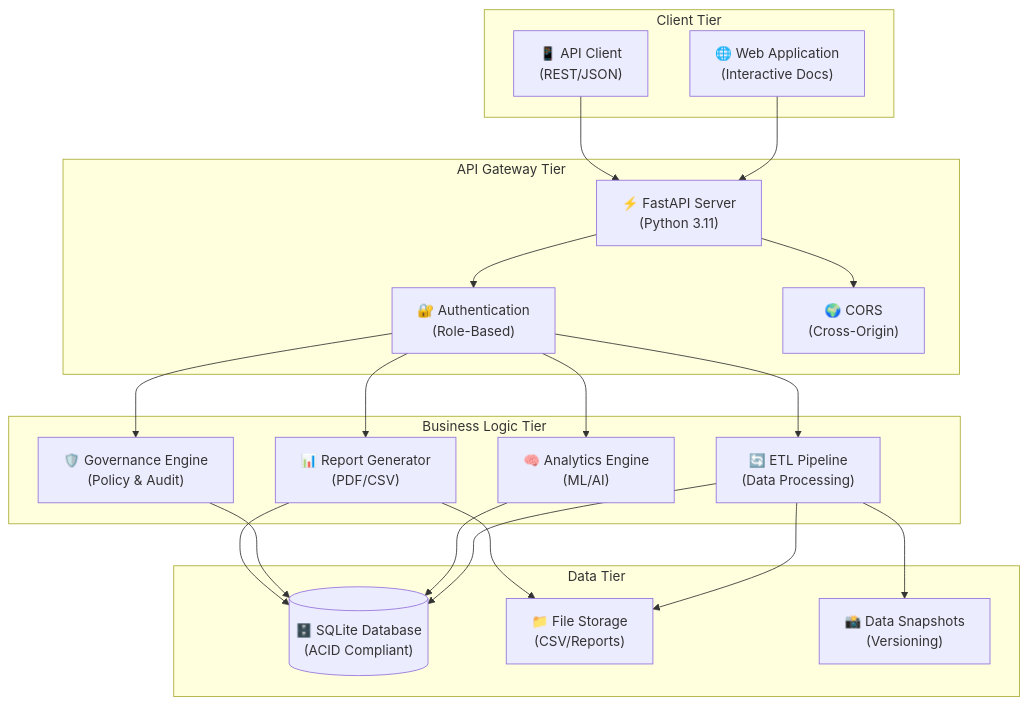
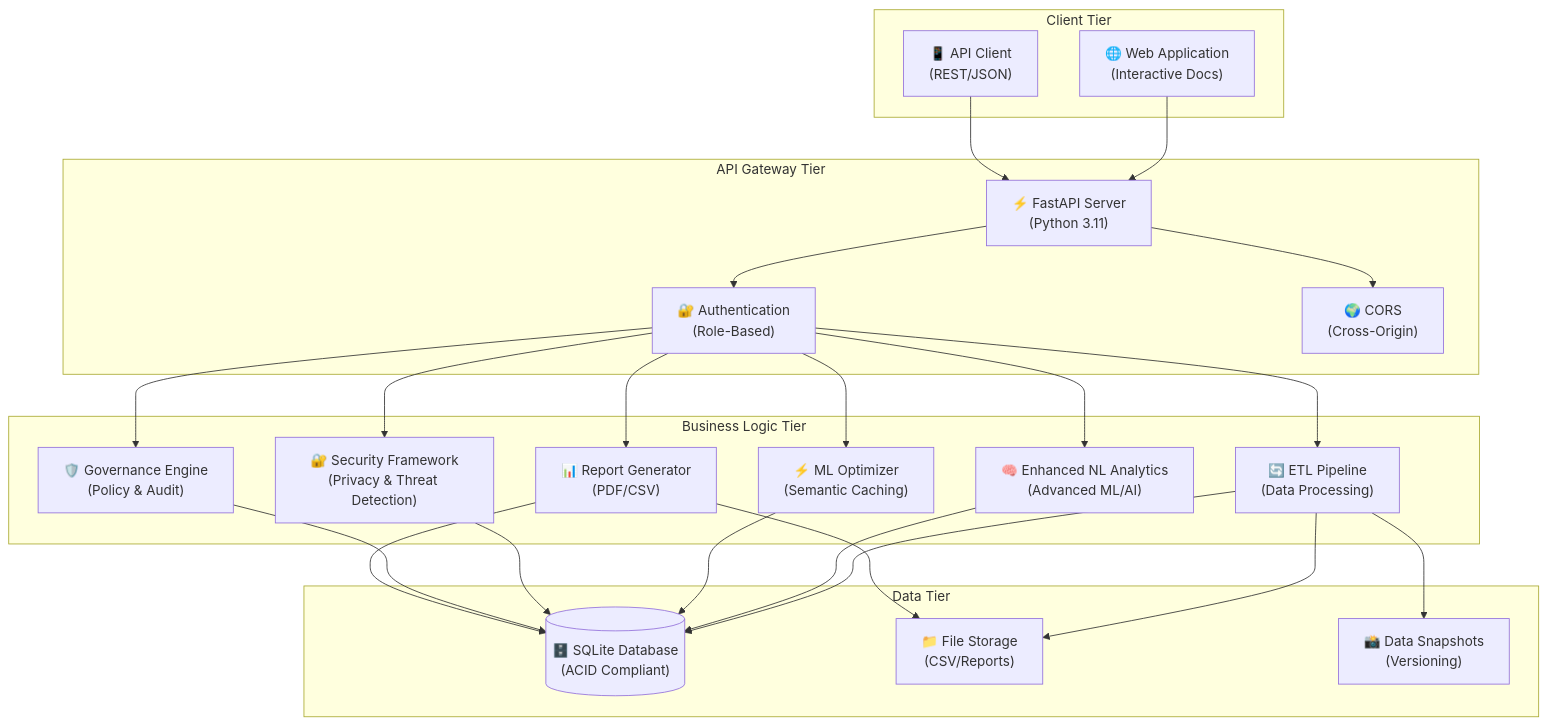
Before and after one commit to VIKAS9793/moatmetrics: the first of 15 diagrams in moatmetrics/docs/ARCHITECTURE.md, drawn with Mermaid. The commit also changed other lines of this file and 36 other files, not shown here.

````diff
--- a/moatmetrics/docs/ARCHITECTURE.md
+++ b/moatmetrics/docs/ARCHITECTURE.md
@@ -20,45 +20,51 @@
 ```mermaid
 flowchart TB
     subgraph "Client Tier"
         WebApp["🌐 Web Application<br/>(Interactive Docs)"]
         APIClient["📱 API Client<br/>(REST/JSON)"]
     end
     
     subgraph "API Gateway Tier"
         FastAPI["⚡ FastAPI Server<br/>(Python 3.11)"]
         Auth["🔐 Authentication<br/>(Role-Based)"]
         CORS["🌍 CORS<br/>(Cross-Origin)"]
     end
     
     subgraph "Business Logic Tier"
         ETL["🔄 ETL Pipeline<br/>(Data Processing)"]
-        Analytics["🧠 Analytics Engine<br/>(ML/AI)"]
+        Analytics["🧠 Enhanced NL Analytics<br/>(Advanced ML/AI)"]
+        MLOptimizer["⚡ ML Optimizer<br/>(Semantic Caching)"]
+        Security["🔐 Security Framework<br/>(Privacy & Threat Detection)"]
         Governance["🛡️ Governance Engine<br/>(Policy & Audit)"]
         Reports["📊 Report Generator<br/>(PDF/CSV)"]
     end
     
     subgraph "Data Tier"
         SQLite[("🗄️ SQLite Database<br/>(ACID Compliant)")]
         Files["📁 File Storage<br/>(CSV/Reports)"]
         Snapshots["📸 Data Snapshots<br/>(Versioning)"]
     end
     
     WebApp --> FastAPI
     APIClient --> FastAPI
     FastAPI --> Auth
     FastAPI --> CORS
     
     Auth --> ETL
     Auth --> Analytics
+    Auth --> MLOptimizer
+    Auth --> Security
     Auth --> Governance
     Auth --> Reports
     
     ETL --> SQLite
     Analytics --> SQLite
+    MLOptimizer --> SQLite
+    Security --> SQLite
     Governance --> SQLite
     Reports --> SQLite
     
     ETL --> Files
     Reports --> Files
     ETL --> Snapshots
 ```
````
